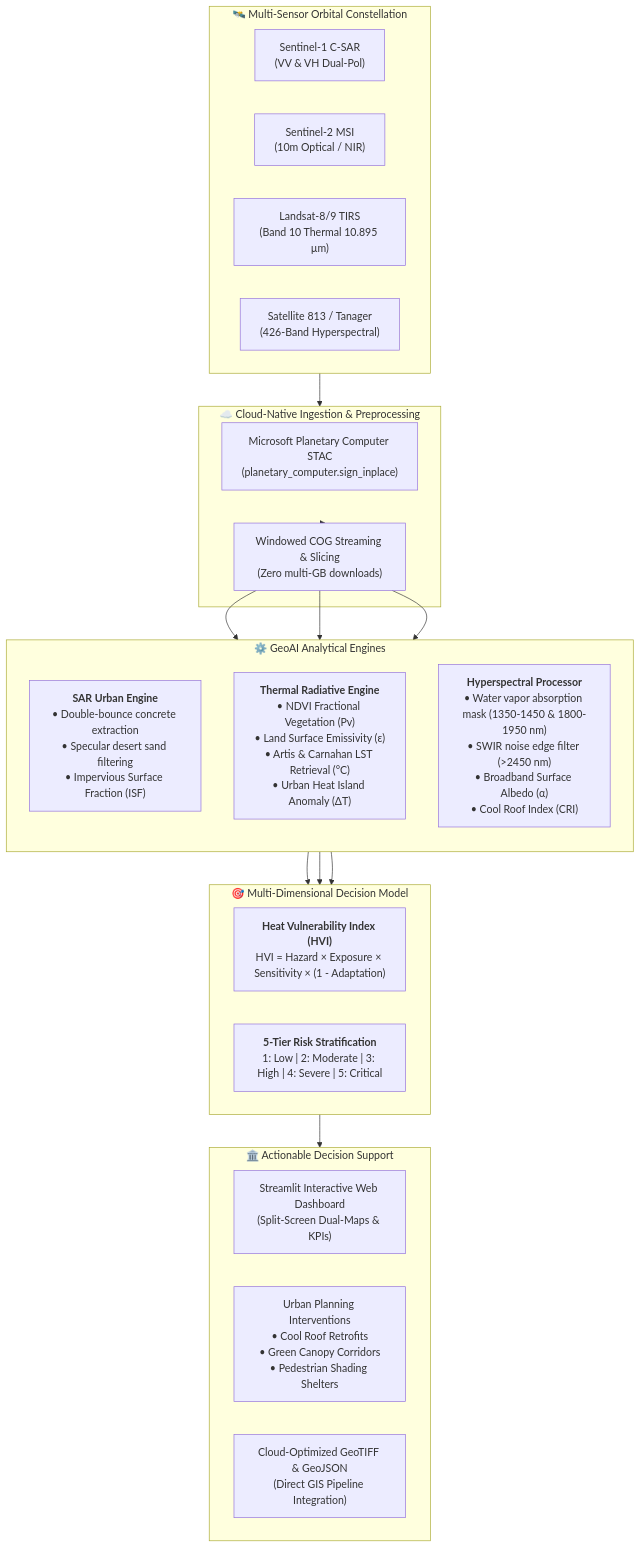
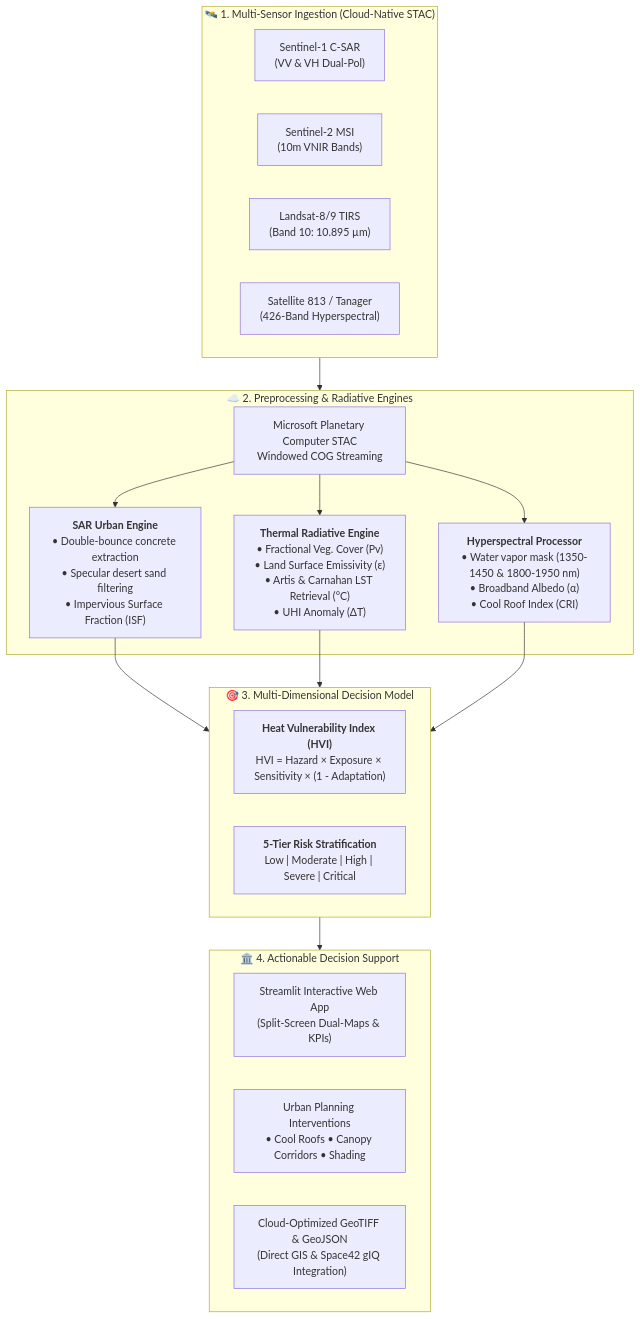
Before and after one commit to OMUZ9924/heatwatch-813: the diagram in README.md, drawn with Mermaid. The commit also changed other lines of this file and 10 other files, not shown here.

````diff
--- a/README.md
+++ b/README.md
@@ -40,38 +85,32 @@
 ```mermaid
 flowchart TD
-    subgraph SENSORS["🛰️ Multi-Sensor Orbital Constellation"]
+    subgraph INGEST["🛰️ 1. Multi-Sensor Ingestion (Cloud-Native STAC)"]
         S1["Sentinel-1 C-SAR<br/>(VV & VH Dual-Pol)"]
-        S2["Sentinel-2 MSI<br/>(10m Optical / NIR)"]
-        L8["Landsat-8/9 TIRS<br/>(Band 10 Thermal 10.895 µm)"]
+        S2["Sentinel-2 MSI<br/>(10m VNIR Bands)"]
+        L8["Landsat-8/9 TIRS<br/>(Band 10: 10.895 µm)"]
         T426["Satellite 813 / Tanager<br/>(426-Band Hyperspectral)"]
     end
 
-    subgraph CLOUD["☁️ Cloud-Native Ingestion & Preprocessing"]
-        STAC["Microsoft Planetary Computer STAC<br/>(planetary_computer.sign_inplace)"]
-        WREAD["Windowed COG Streaming & Slicing<br/>(Zero multi-GB downloads)"]
+    subgraph PREPROC["☁️ 2. Preprocessing & Radiative Engines"]
+        STAC["Microsoft Planetary Computer STAC<br/>Windowed COG Streaming"]
+        E1["<b>SAR Urban Engine</b><br/>• Double-bounce concrete extraction<br/>• Specular desert sand filtering<br/>• Impervious Surface Fraction (ISF)"]
+        E2["<b>Thermal Radiative Engine</b><br/>• Fractional Veg. Cover (Pv)<br/>• Land Surface Emissivity (ε)<br/>• Artis & Carnahan LST Retrieval (°C)<br/>• UHI Anomaly (ΔT)"]
+        E3["<b>Hyperspectral Processor</b><br/>• Water vapor mask (1350-1450 & 1800-1950 nm)<br/>• Broadband Albedo (α)<br/>• Cool Roof Index (CRI)"]
     end
 
-    subgraph ENGINES["⚙️ GeoAI Analytical Engines"]
-        direction TB
-        E1["<b>SAR Urban Engine</b><br/>• Double-bounce concrete extraction<br/>• Specular desert sand filtering<br/>• Impervious Surface Fraction (ISF)"]
-        E2["<b>Thermal Radiative Engine</b><br/>• NDVI Fractional Vegetation (Pv)<br/>• Land Surface Emissivity (ε)<br/>• Artis & Carnahan LST Retrieval (°C)<br/>• Urban Heat Island Anomaly (ΔT)"]
-        E3["<b>Hyperspectral Processor</b><br/>• Water vapor absorption mask (1350-1450 & 1800-1950 nm)<br/>• SWIR noise edge filter (>2450 nm)<br/>• Broadband Surface Albedo (α)<br/>• Cool Roof Index (CRI)"]
+    subgraph FUSION["🎯 3. Multi-Dimensional Decision Model"]
+        HVI["<b>Heat Vulnerability Index (HVI)</b><br/>HVI = Hazard × Exposure × Sensitivity × (1 - Adaptation)"]
+        TIERS["<b>5-Tier Risk Stratification</b><br/>Low | Moderate | High | Severe | Critical"]
     end
 
-    subgraph FUSION["🎯 Multi-Dimensional Decision Model"]
-        HVI["<b>Heat Vulnerability Index (HVI)</b><br/>HVI = Hazard × Exposure × Sensitivity × (1 - Adaptation)"]
-        TIERS["<b>5-Tier Risk Stratification</b><br/>1: Low | 2: Moderate | 3: High | 4: Severe | 5: Critical"]
+    subgraph ACTIONS["🏛️ 4. Actionable Decision Support"]
+        DASH["Streamlit Interactive Web App<br/>(Split-Screen Dual-Maps & KPIs)"]
+        POLICY["Urban Planning Interventions<br/>• Cool Roofs • Canopy Corridors • Shading"]
+        EXPORT["Cloud-Optimized GeoTIFF & GeoJSON<br/>(Direct GIS & Space42 gIQ Integration)"]
     end
 
-    subgraph ACTIONS["🏛️ Actionable Decision Support"]
-        DASH["Streamlit Interactive Web Dashboard<br/>(Split-Screen Dual-Maps & KPIs)"]
-        POLICY["Urban Planning Interventions<br/>• Cool Roof Retrofits<br/>• Green Canopy Corridors<br/>• Pedestrian Shading Shelters"]
-        EXPORT["Cloud-Optimized GeoTIFF & GeoJSON<br/>(Direct GIS Pipeline Integration)"]
-    end
-
-    SENSORS --> CLOUD
-    CLOUD --> WREAD
-    WREAD --> E1 & E2 & E3
+    INGEST --> PREPROC
+    STAC --> E1 & E2 & E3
     E1 & E2 & E3 --> FUSION
     FUSION --> ACTIONS
 ```
````
